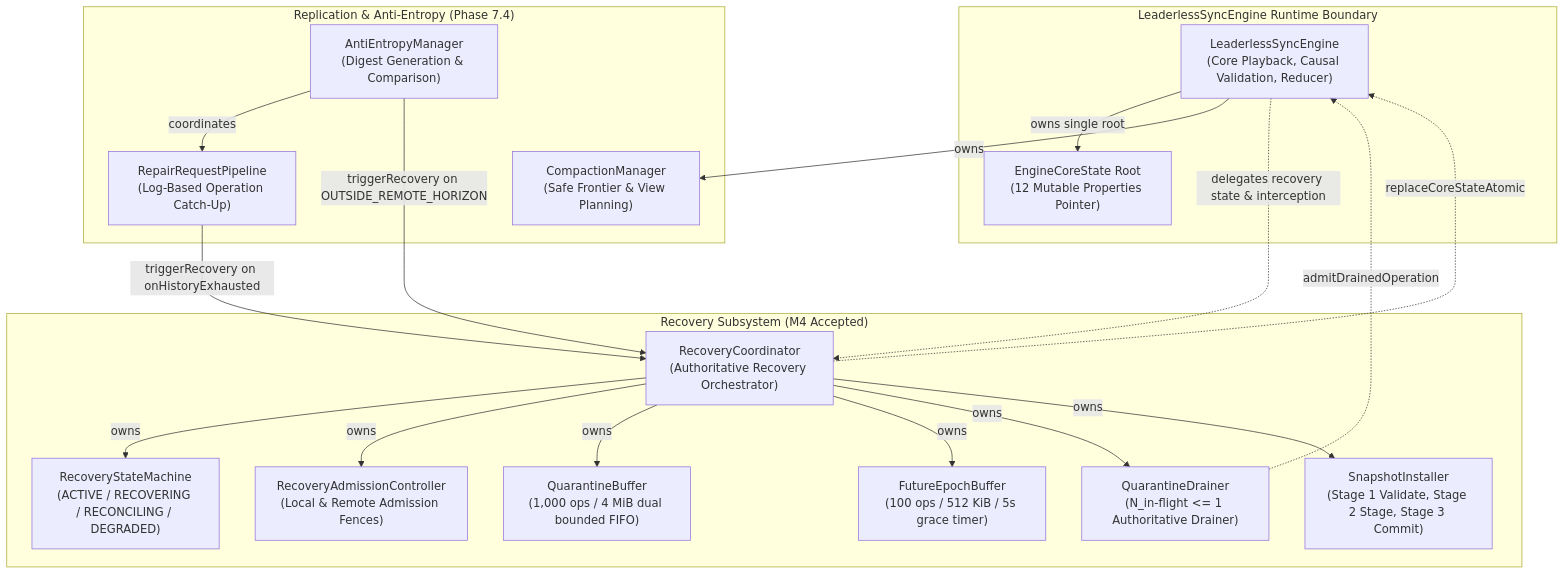
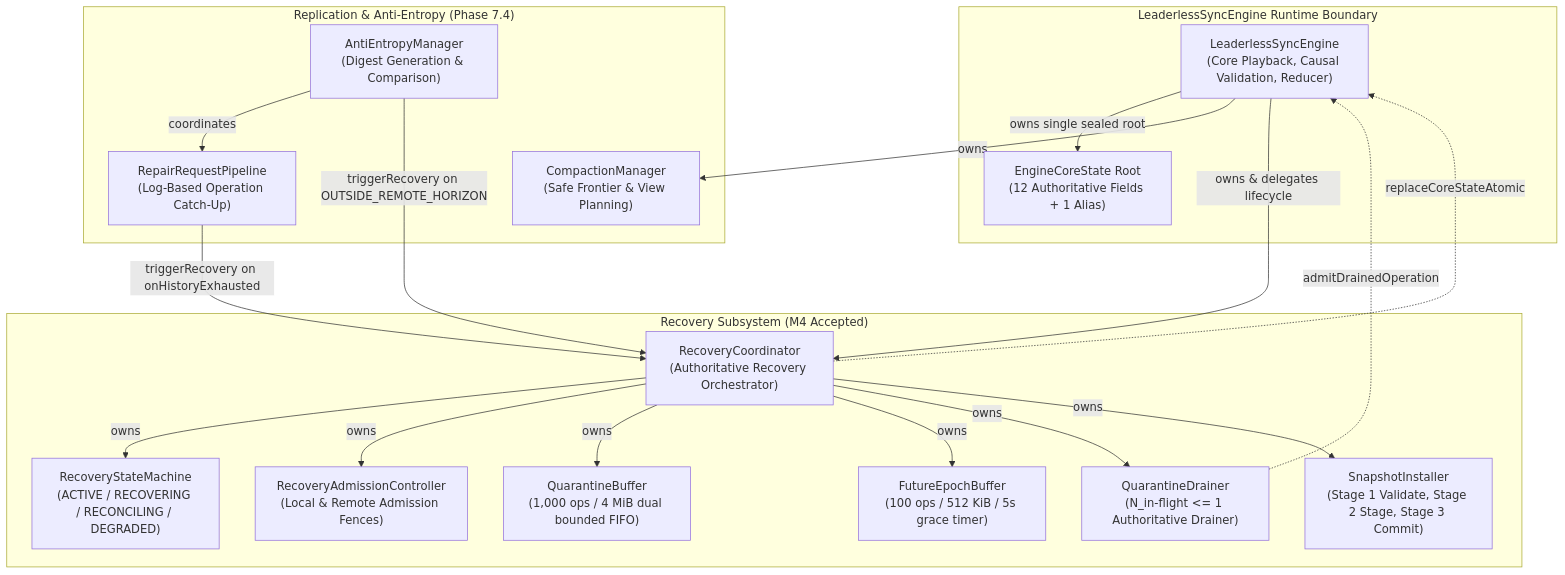
One commit to Tejdeepakchandra/SyncPlay_Protocol changed the first of 3 diagrams in docs/PHASE7_5_M5_ARCHITECTURE.md. Above: the diagram before and after it, drawn with Mermaid. The commit also changed other lines of this file and 4 other files, not shown here.

Commit message:
docs(phase-7.5-m5): amend m5.0 architecture and interface specifications (m5.0-r1)

````diff
--- a/docs/PHASE7_5_M5_ARCHITECTURE.md
+++ b/docs/PHASE7_5_M5_ARCHITECTURE.md
@@ -30,41 +30,41 @@
 ```mermaid
 flowchart TD
     subgraph EngineRuntime ["LeaderlessSyncEngine Runtime Boundary"]
         LSE["LeaderlessSyncEngine<br/>(Core Playback, Causal Validation, Reducer)"]
-        ECS["EngineCoreState Root<br/>(12 Mutable Properties Pointer)"]
-        LSE -->|owns single root| ECS
+        ECS["EngineCoreState Root<br/>(12 Authoritative Fields + 1 Alias)"]
+        LSE -->|owns single sealed root| ECS
     end
 
     subgraph RecoverySubsystem ["Recovery Subsystem (M4 Accepted)"]
         RC["RecoveryCoordinator<br/>(Authoritative Recovery Orchestrator)"]
         RSM["RecoveryStateMachine<br/>(ACTIVE / RECOVERING / RECONCILING / DEGRADED)"]
         RAC["RecoveryAdmissionController<br/>(Local & Remote Admission Fences)"]
         QB["QuarantineBuffer<br/>(1,000 ops / 4 MiB dual bounded FIFO)"]
         FEB["FutureEpochBuffer<br/>(100 ops / 512 KiB / 5s grace timer)"]
         QD["QuarantineDrainer<br/>(N_in-flight <= 1 Authoritative Drainer)"]
         SI["SnapshotInstaller<br/>(Stage 1 Validate, Stage 2 Stage, Stage 3 Commit)"]
 
         RC -->|owns| RSM
         RC -->|owns| RAC
         RC -->|owns| QB
         RC -->|owns| FEB
         RC -->|owns| QD
         RC -->|owns| SI
     end
 
     subgraph ReplicationSubsystem ["Replication & Anti-Entropy (Phase 7.4)"]
         AEM["AntiEntropyManager<br/>(Digest Generation & Comparison)"]
         RRP["RepairRequestPipeline<br/>(Log-Based Operation Catch-Up)"]
         CM["CompactionManager<br/>(Safe Frontier & View Planning)"]
 
         AEM -->|coordinates| RRP
         LSE -->|owns| CM
     end
 
     %% Bindings and Invocations
-    LSE -.->|delegates recovery state & interception| RC
+    LSE -->|owns & delegates lifecycle| RC
     RC -.->|replaceCoreStateAtomic| LSE
     QD -.->|admitDrainedOperation| LSE
     AEM -->|triggerRecovery on OUTSIDE_REMOTE_HORIZON| RC
     RRP -->|triggerRecovery on onHistoryExhausted| RC
 ```
````
